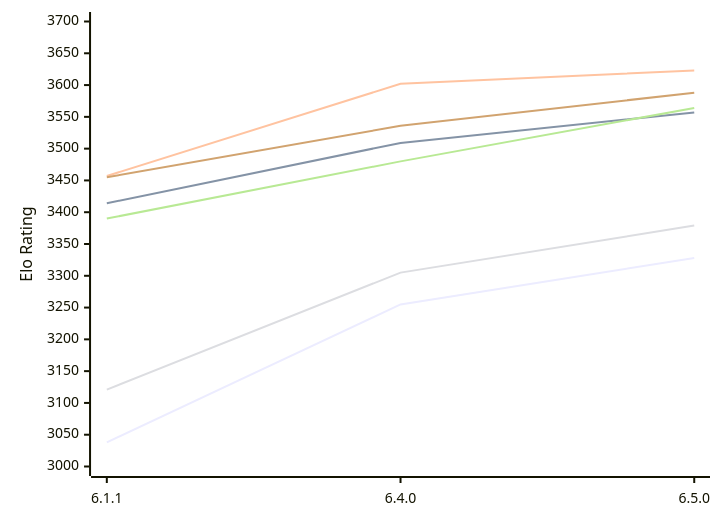
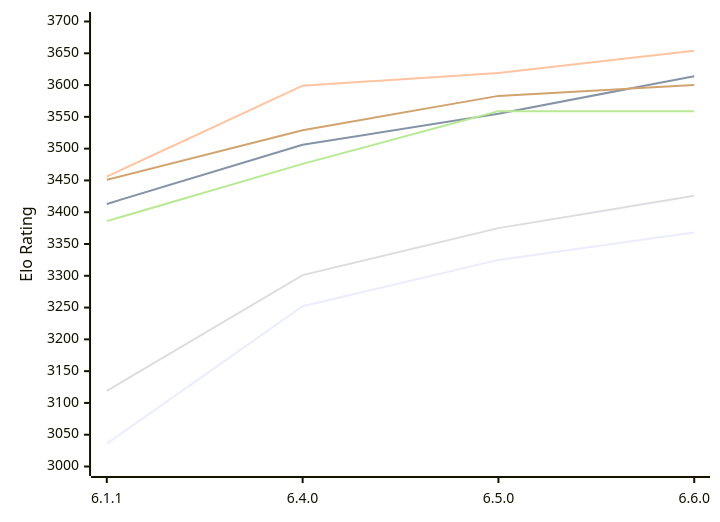
Before and after one commit to computer-chess-index/cci: the first of 2 diagrams in engines/Zigqueen.md, drawn with Mermaid. The commit also changed other lines of this file, not shown here.

Commit message:
Update CCI Ratings (ELO VLTC) - 2026-11-19

````diff
--- a/engines/Zigqueen.md
+++ b/engines/Zigqueen.md
@@ -55,12 +57,12 @@
 ```mermaid
 %%{init: {"theme":"base","themeVariables":{"seriesColors:['#a3a3a3','#222221','#faa371']}}}%%
 xychart-beta
-  x-axis ["6.1.1", "6.4.0", "6.5.0"]
+  x-axis ["6.1.1", "6.4.0", "6.5.0", "6.6.0"]
   y-axis "Elo Rating" 3000 --> 3700
-  line "E1: STC (8.0+0.08s)" [3038, 3255, 3328]
-  line "E1: LTC (60.0+0.60s)" [3414, 3509, 3557]
-  line "E1: VLTC (2m24s+1.12s)" [3457, 3602, 3623]
-  line "P1: STC (8.0+0.08s)" [3121, 3305, 3379]
-  line "P1: LTC (60.0+0.60s)" [3390, 3480, 3564]
-  line "P1: VLTC (2m24s+1.12s)" [3455, 3536, 3588]
+  line "E1: STC (8.0+0.08s)" [3036, 3252, 3325, 3368]
+  line "E1: LTC (60.0+0.60s)" [3413, 3506, 3555, 3614]
+  line "E1: VLTC (2m24s+1.12s)" [3456, 3599, 3619, 3654]
+  line "P1: STC (8.0+0.08s)" [3119, 3301, 3375, 3426]
+  line "P1: LTC (60.0+0.60s)" [3386, 3476, 3559, 3559]
+  line "P1: VLTC (2m24s+1.12s)" [3451, 3529, 3583, 3600]
 ```
````
